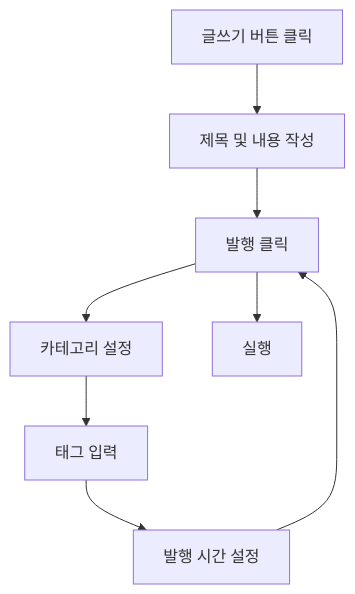
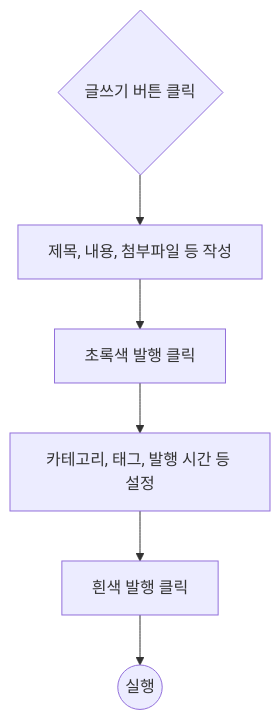
One commit to 95126m/OnboardingProject changed the first of 3 diagrams in 글쓰기/기능정의서.md. Above: the diagram before and after it, drawn with Mermaid. The commit also changed other lines of this file, not shown here.

````diff
--- a/글쓰기/기능정의서.md
+++ b/글쓰기/기능정의서.md
@@ -26,10 +26,8 @@
 ```mermaid
 flowchart TD
-    A[글쓰기 버튼 클릭] --> B[제목 및 내용 작성]
-    B --> C[발행 클릭]
-    C --> D[카테고리 설정]
-    D --> E[태그 입력]
-    E --> F[발행 시간 설정]
-    F --> C
-    C --> G[실행]
+A{글쓰기 버튼 클릭} --> B[제목, 내용, 첨부파일 등 작성]
+B --> C[초록색 발행 클릭]
+C --> D[카테고리, 태그, 발행 시간 등 설정]
+D --> G[흰색 발행 클릭]
+G --> H((실행))
 ```
````
